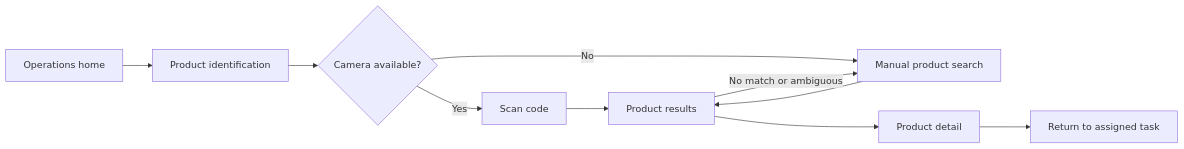
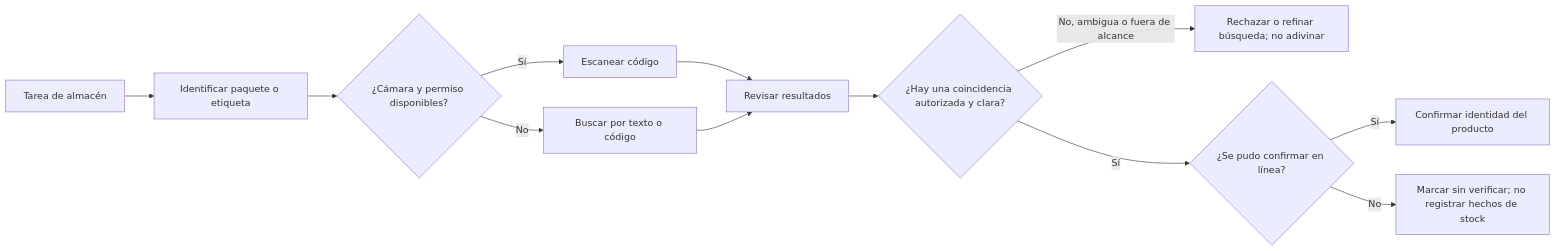
One commit to nexa-suite/mobile-report changed the second of 6 diagrams in report/03-solution-ui-ux-design/3.1-product-design/3.1.4-mobile-applications-ux-ui-design/3.1.4.2-mobile-application-wireflows.md. Above: the diagram before and after it, drawn with Mermaid. The commit also changed other lines of this file and 21 other files, not shown here.

````diff
--- a/report/03-solution-ui-ux-design/3.1-product-design/3.1.4-mobile-applications-ux-ui-design/3.1.4.2-mobile-application-wireflows.md
+++ b/report/03-solution-ui-ux-design/3.1-product-design/3.1.4-mobile-applications-ux-ui-design/3.1.4.2-mobile-application-wireflows.md
@@ -5,12 +31,14 @@
 ```mermaid
 flowchart LR
-  A[Operations home] --> B[Product identification]
-  B --> C{Camera available?}
-  C -->|Yes| D[Scan code]
-  C -->|No| E[Manual product search]
-  D --> F[Product results]
+  A[Tarea de almacén] --> B[Identificar paquete o etiqueta]
+  B --> C{¿Cámara y permiso disponibles?}
+  C -->|Sí| D[Escanear código]
+  C -->|No| E[Buscar por texto o código]
+  D --> F[Revisar resultados]
   E --> F
-  F --> G[Product detail]
-  G --> H[Return to assigned task]
-  F -->|No match or ambiguous| E
+  F --> G{¿Hay una coincidencia autorizada y clara?}
+  G -->|No, ambigua o fuera de alcance| I[Rechazar o refinar búsqueda; no adivinar]
+  G -->|Sí| H{¿Se pudo confirmar en línea?}
+  H -->|Sí| J[Confirmar identidad del producto]
+  H -->|No| K[Marcar sin verificar; no registrar hechos de stock]
 ```
````
